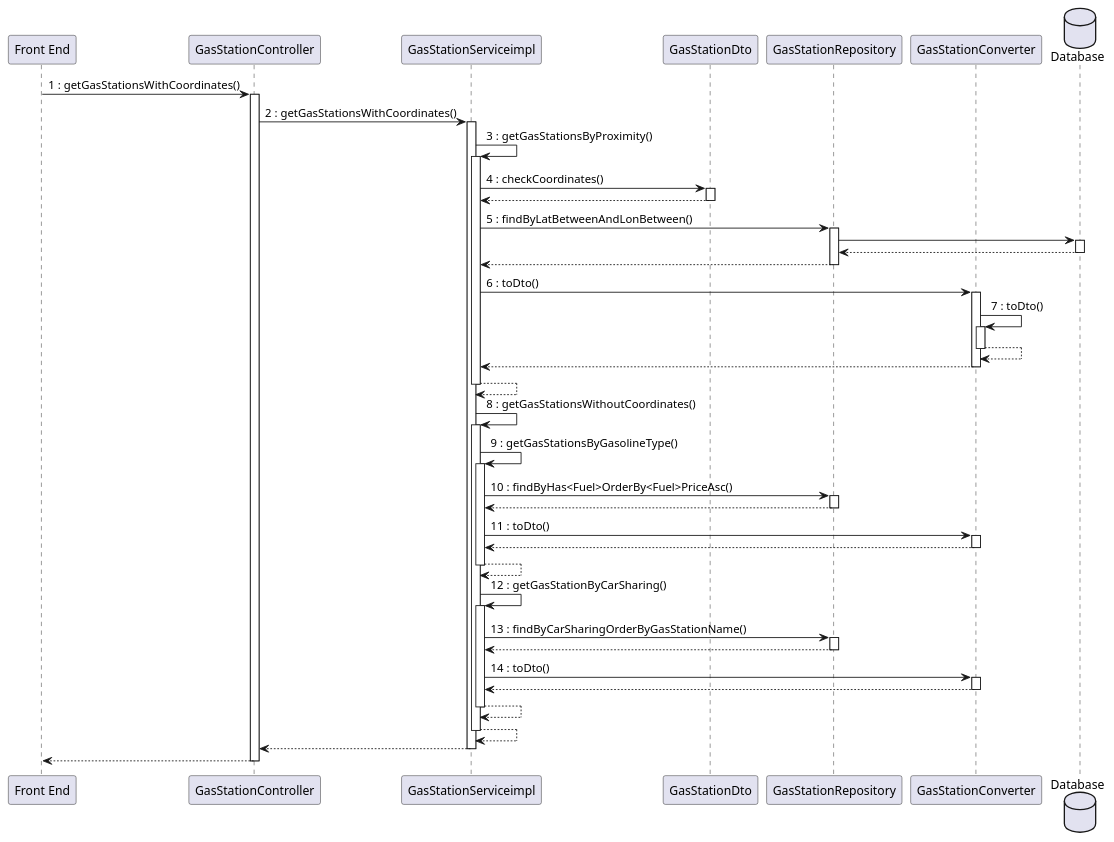
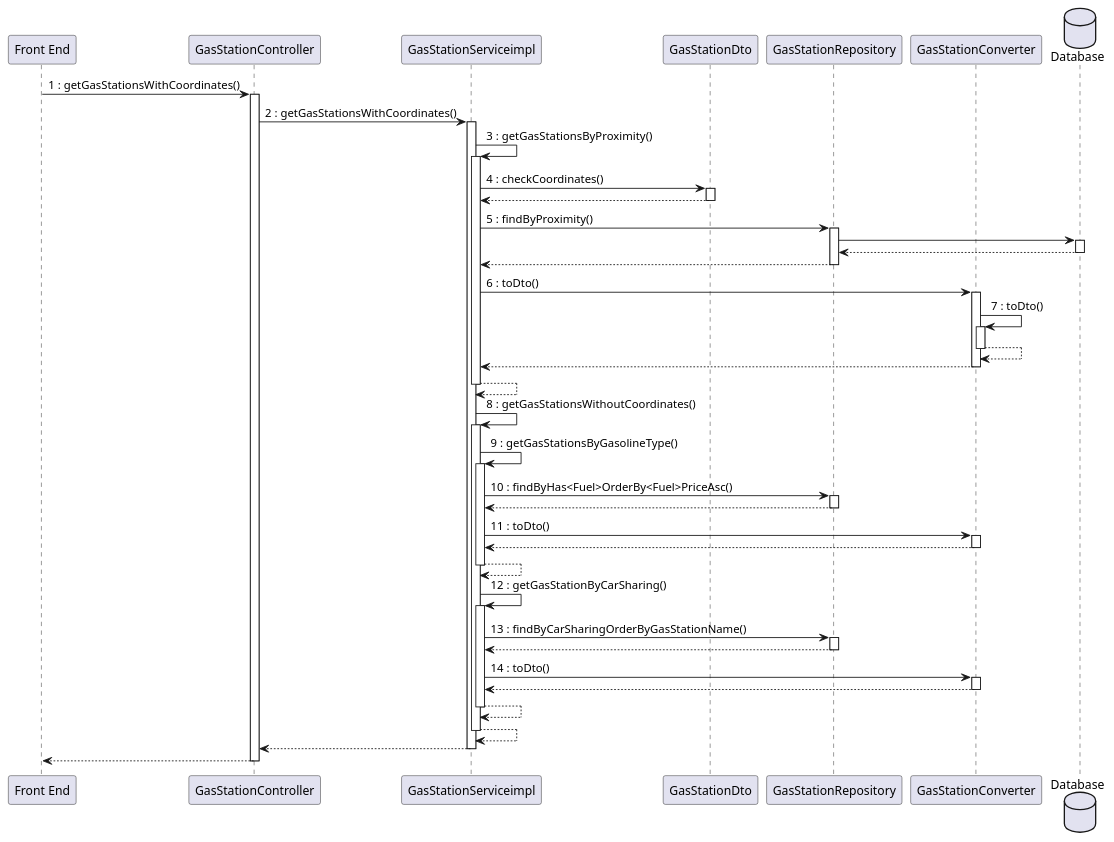
Diagram 12 of 15 in docs/DesignDocument.md (mosTavassoli/ezgas), drawn with PlantUML before and after one commit. The commit also changed other lines of this file, not shown here.

Commit message:
docs(DesignDocument): edit low level design and sequence diagram due to code change

````diff
--- a/docs/DesignDocument.md
+++ b/docs/DesignDocument.md
@@ -875,54 +876,54 @@
 ```plantuml
 database Database order 30
 "Front End" -> GasStationController:1 : getGasStationsWithCoordinates()
 activate GasStationController
 GasStationController -> GasStationServiceimpl:2 : getGasStationsWithCoordinates()
 activate GasStationServiceimpl
 
 GasStationServiceimpl -> GasStationServiceimpl: 3 : getGasStationsByProximity()
 activate GasStationServiceimpl
 GasStationServiceimpl -> GasStationDto: 4 : checkCoordinates()
 activate GasStationDto
 return
 
 
-GasStationServiceimpl -> GasStationRepository: 5 : findByLatBetweenAndLonBetween()
+GasStationServiceimpl -> GasStationRepository: 5 : findByProximity()
 activate GasStationRepository
 GasStationRepository -> Database
 activate Database
 return
 return
 GasStationServiceimpl -> GasStationConverter: 6 : toDto()
 activate GasStationConverter
 GasStationConverter -> GasStationConverter: 7 : toDto()
 activate GasStationConverter
 return
 return
 return
 
 GasStationServiceimpl -> GasStationServiceimpl: 8 : getGasStationsWithoutCoordinates()
 activate GasStationServiceimpl
 GasStationServiceimpl -> GasStationServiceimpl: 9 : getGasStationsByGasolineType()
 activate GasStationServiceimpl
 GasStationServiceimpl ->GasStationRepository: 10 : findByHas<Fuel>OrderBy<Fuel>PriceAsc()
 activate GasStationRepository
 return
 GasStationServiceimpl -> GasStationConverter: 11 : toDto()
 activate GasStationConverter
 
 return
 
 return
 GasStationServiceimpl -> GasStationServiceimpl: 12 : getGasStationByCarSharing()
 activate GasStationServiceimpl
 GasStationServiceimpl -> GasStationRepository: 13 : findByCarSharingOrderByGasStationName()
 activate GasStationRepository
 return
 GasStationServiceimpl -> GasStationConverter: 14 : toDto()
 activate GasStationConverter
 return
 return
 return
 return
 return
 ```
````
